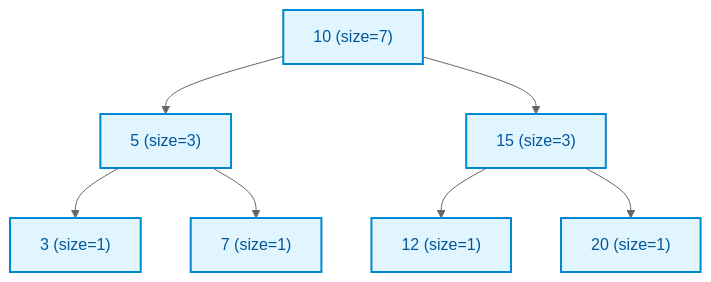
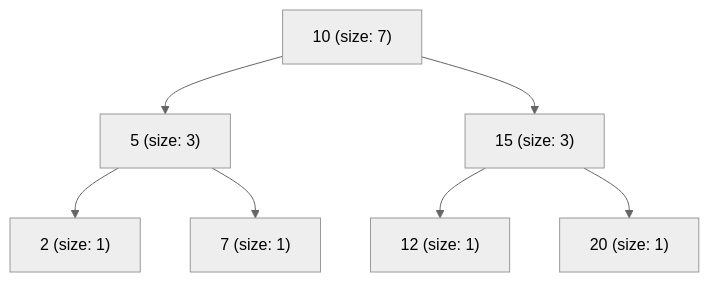
Before and after one commit to dip4k/DSA_102: the diagram in week_07_trees_and_balanced_search_trees/Week_07_Day_05_Augmented_BSTs_OrderStatistics_Instructional.md, drawn with Mermaid (neutral theme). The commit also changed other lines of this file and 191 other files, not shown here.

````diff
--- a/week_07_trees_and_balanced_search_trees/Week_07_Day_05_Augmented_BSTs_OrderStatistics_Instructional.md
+++ b/week_07_trees_and_balanced_search_trees/Week_07_Day_05_Augmented_BSTs_OrderStatistics_Instructional.md
@@ -102,19 +74,9 @@
 ```mermaid
-graph TD
-    classDef nodeStyle fill:#e1f5fe,stroke:#0288d1,stroke-width:2px,color:#01579b
-
-    N10["10 (size=7)"]:::nodeStyle
-    N5["5 (size=3)"]:::nodeStyle
-    N15["15 (size=3)"]:::nodeStyle
-    N3["3 (size=1)"]:::nodeStyle
-    N7["7 (size=1)"]:::nodeStyle
-    N12["12 (size=1)"]:::nodeStyle
-    N20["20 (size=1)"]:::nodeStyle
-
-    N10 --> N5
-    N10 --> N15
-    N5 --> N3
-    N5 --> N7
-    N15 --> N12
-    N15 --> N20
+flowchart TD
+    N10["10 (size: 7)"] --> N5["5 (size: 3)"]
+    N10 --> N15["15 (size: 3)"]
+    N5 --> N2["2 (size: 1)"]
+    N5 --> N7["7 (size: 1)"]
+    N15 --> N12["12 (size: 1)"]
+    N15 --> N20["20 (size: 1)"]
 ```
````
